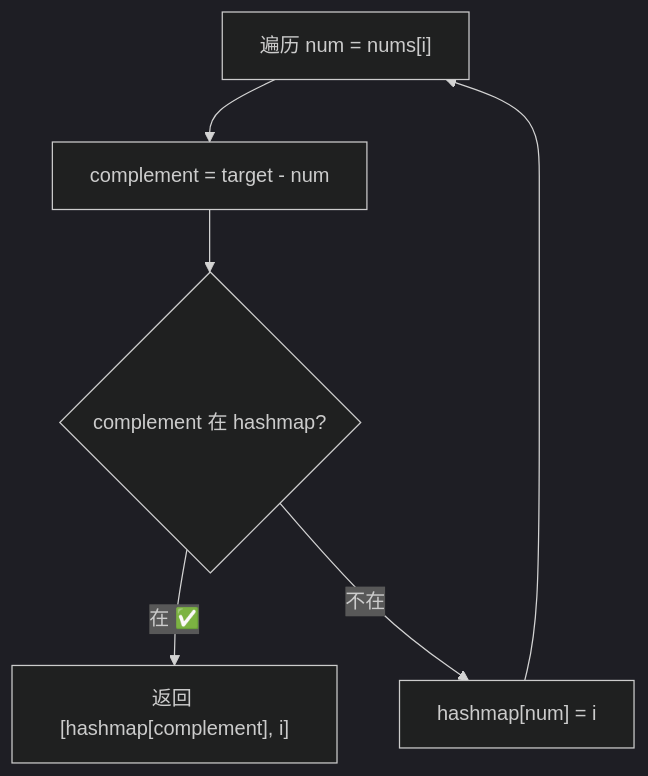
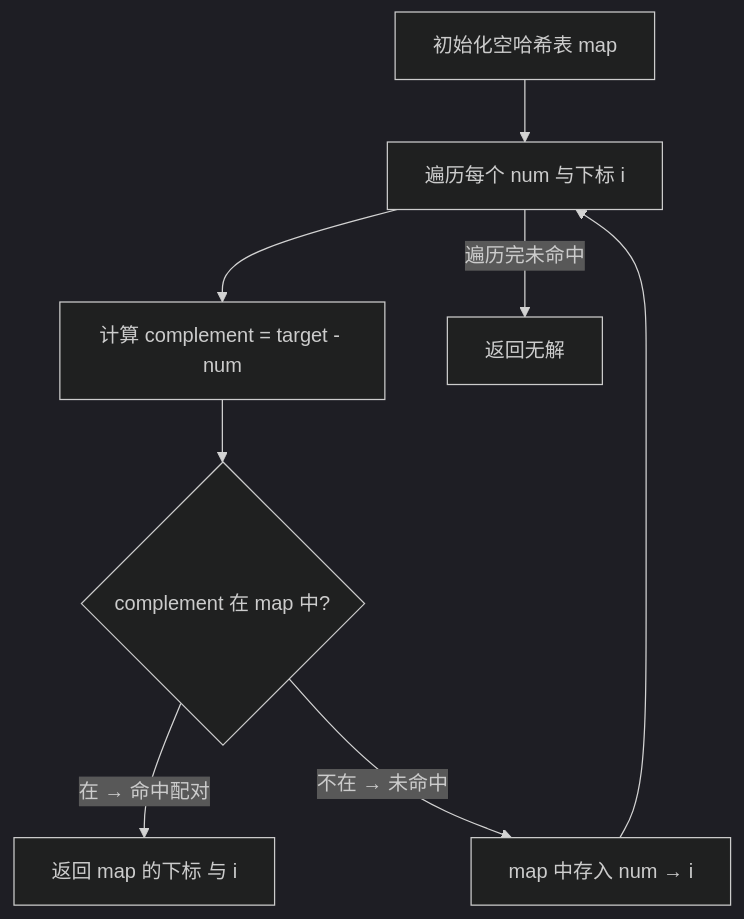
Before and after one commit to OctalZero/hot100-py: the first of 2 diagrams in 01-哈希/0001-两数之和.md, drawn with Mermaid (dark theme). The commit also changed other lines of this file and 117 other files, not shown here.

First line of the commit message:
feat: 全题解配图升级为「动画式 mermaid」（总览骨架 + 横向时间线逐步推演）

````diff
--- a/01-哈希/0001-两数之和.md
+++ b/01-哈希/0001-两数之和.md
@@ -20,8 +20,10 @@
 ```mermaid
 flowchart TD
-    A["遍历 num = nums[i]"] --> B["complement = target - num"]
-    B --> C{"complement 在 hashmap?"}
-    C -- "在 ✅" --> D["返回 [hashmap[complement], i]"]
-    C -- "不在" --> E["hashmap[num] = i"]
-    E --> A
+    A["初始化空哈希表 map"] --> B["遍历每个 num 与下标 i"]
+    B --> C["计算 complement = target - num"]
+    C --> D{"complement 在 map 中?"}
+    D -->|"在 → 命中配对"| E["返回 map 的下标 与 i"]
+    D -->|"不在 → 未命中"| F["map 中存入 num → i"]
+    F --> B
+    B -->|"遍历完未命中"| G["返回无解"]
 ```
````
